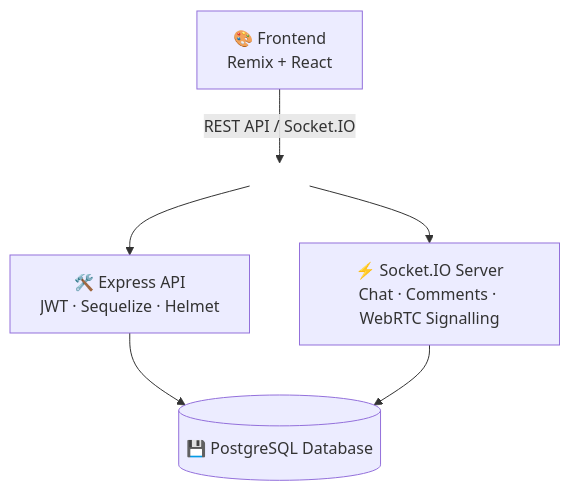
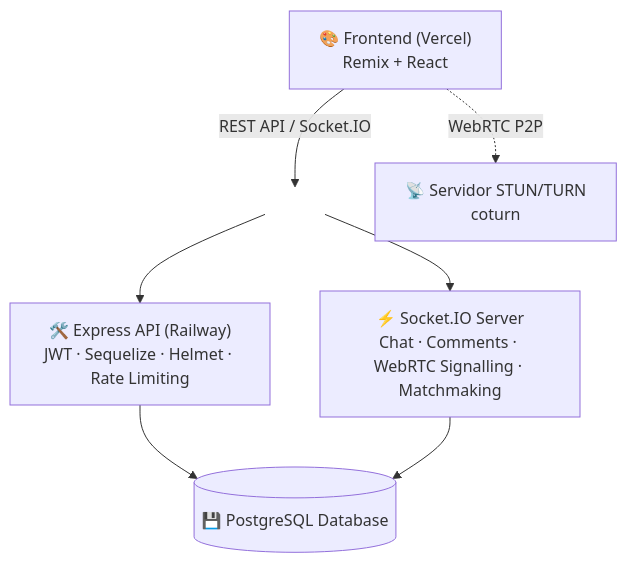
The diagram in README.md (SoyManoolo/M12), drawn with Mermaid before and after one commit. The commit also changed other lines of this file, not shown here.

````diff
--- a/README.md
+++ b/README.md
@@ -59,13 +64,15 @@
 ```mermaid
 graph TD
-    Frontend["🎨 Frontend<br>Remix + React"]
+    Frontend["🎨 Frontend (Vercel)<br>Remix + React"]
     Frontend -->|"REST API / Socket.IO"| Split
     style Split fill:none,stroke:none,color:none
     Split[ ]
-    BackendAPI["🛠️ Express API<br>JWT · Sequelize · Helmet"]
-    BackendSocket["⚡ Socket.IO Server<br>Chat · Comments · WebRTC Signalling"]
+    BackendAPI["🛠️ Express API (Railway)<br>JWT · Sequelize · Helmet · Rate Limiting"]
+    BackendSocket["⚡ Socket.IO Server<br>Chat · Comments · WebRTC Signalling · Matchmaking"]
+    TURN["📡 Servidor STUN/TURN<br>coturn"]
     Split --> BackendAPI
     Split --> BackendSocket
+    Frontend -.->|"WebRTC P2P"| TURN
     BackendAPI --> DB[("💾 PostgreSQL Database")]
     BackendSocket --> DB
 ```
````
